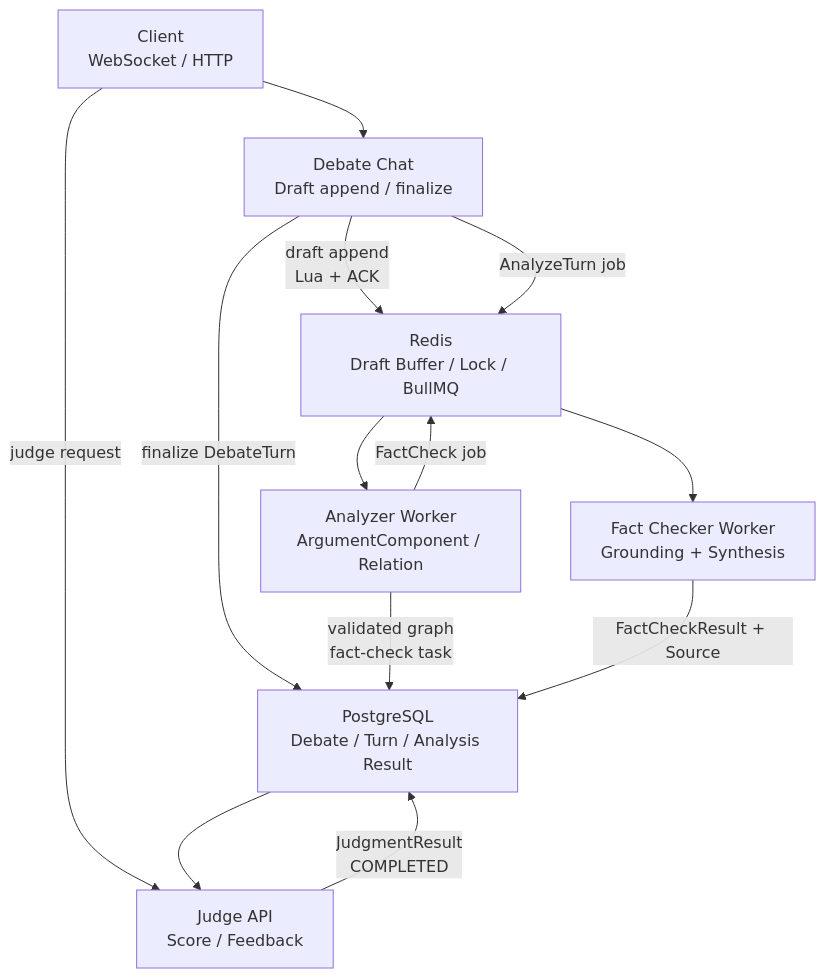
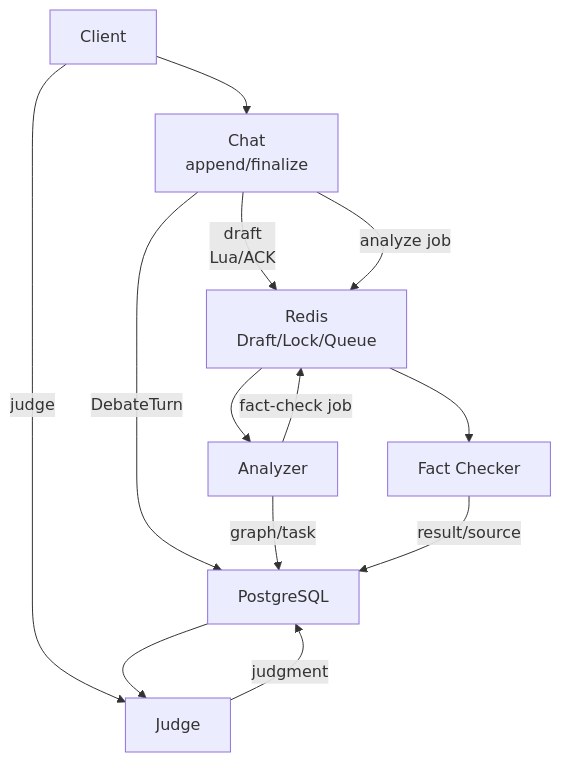
The diagram in backend/README.md (sweatbuckets/heimdall_ai_backend), drawn with Mermaid before and after one commit. The commit also changed other lines of this file, not shown here.

Commit message:
docs: refine backend readme visuals

````diff
--- a/backend/README.md
+++ b/backend/README.md
@@ -15,23 +15,23 @@
 ```mermaid
 flowchart TD
-    Client["Client<br/>WebSocket / HTTP"]
-    Chat["Debate Chat<br/>Draft append / finalize"]
-    Redis["Redis<br/>Draft Buffer / Lock / BullMQ"]
-    DB["PostgreSQL<br/>Debate / Turn / Analysis Result"]
-    Analyzer["Analyzer Worker<br/>ArgumentComponent / Relation"]
-    FactChecker["Fact Checker Worker<br/>Grounding + Synthesis"]
-    Judge["Judge API<br/>Score / Feedback"]
+    Client["Client"]
+    Chat["Chat<br/>append/finalize"]
+    Redis["Redis<br/>Draft/Lock/Queue"]
+    DB["PostgreSQL"]
+    Analyzer["Analyzer"]
+    FactChecker["Fact Checker"]
+    Judge["Judge"]
 
     Client --> Chat
-    Chat -->|"draft append<br/>Lua + ACK"| Redis
-    Chat -->|"finalize DebateTurn"| DB
-    Chat -->|"AnalyzeTurn job"| Redis
+    Chat -->|"draft<br/>Lua/ACK"| Redis
+    Chat -->|"DebateTurn"| DB
+    Chat -->|"analyze job"| Redis
     Redis --> Analyzer
-    Analyzer -->|"validated graph<br/>fact-check task"| DB
-    Analyzer -->|"FactCheck job"| Redis
+    Analyzer -->|"graph/task"| DB
+    Analyzer -->|"fact-check job"| Redis
     Redis --> FactChecker
-    FactChecker -->|"FactCheckResult + Source"| DB
-    Client -->|"judge request"| Judge
+    FactChecker -->|"result/source"| DB
+    Client -->|"judge"| Judge
     DB --> Judge
-    Judge -->|"JudgmentResult<br/>COMPLETED"| DB
+    Judge -->|"judgment"| DB
 ```
````
